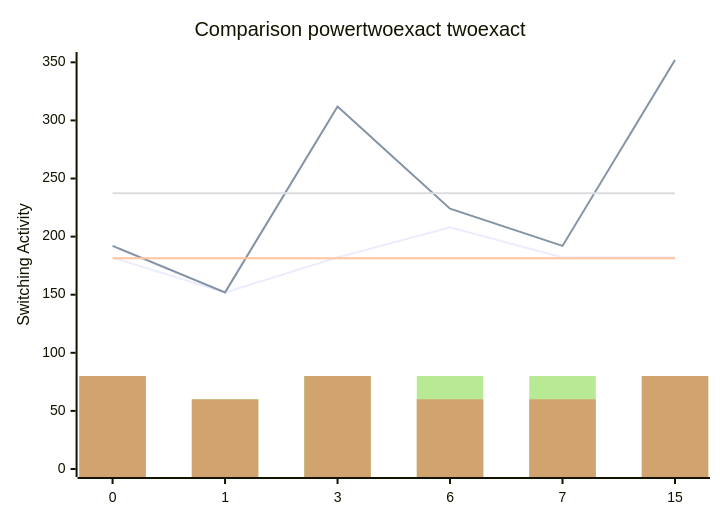
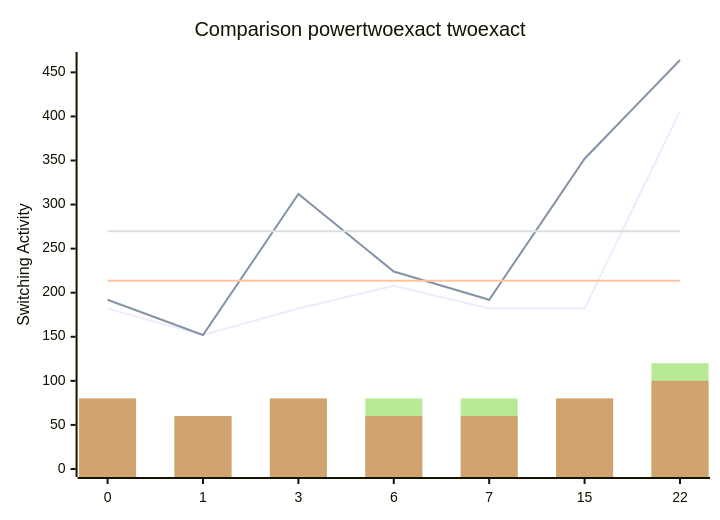
Before and after one commit to FeldmeierMichael/Exact-Power-Synthesis: the diagram in benchmark_opt.md, drawn with Mermaid. The commit also changed other lines of this file, not shown here.

````diff
--- a/benchmark_opt.md
+++ b/benchmark_opt.md
@@ -17,12 +19,12 @@
 ```mermaid
 xychart-beta
     title "Comparison powertwoexact twoexact"
-    x-axis [0, 1, 3, 6, 7, 15]
-    y-axis "Switching Activity" 0-->352
-    line [182, 152, 182, 208, 182, 182]
-    line [192, 152, 312, 224, 192, 352]
-    line [181.33333333333334, 181.33333333333334, 181.33333333333334, 181.33333333333334, 181.33333333333334, 181.33333333333334]
-    line [237.33333333333334, 237.33333333333334, 237.33333333333334, 237.33333333333334, 237.33333333333334, 237.33333333333334]
-    bar [80, 60, 80, 80, 80, 80]
-    bar [80, 60, 80, 60, 60, 80]
+    x-axis [0, 1, 3, 6, 7, 15, 22]
+    y-axis "Switching Activity" 0-->464
+    line [182, 152, 182, 208, 182, 182, 406]
+    line [192, 152, 312, 224, 192, 352, 464]
+    line [213.42857142857142, 213.42857142857142, 213.42857142857142, 213.42857142857142, 213.42857142857142, 213.42857142857142, 213.42857142857142]
+    line [269.7142857142857, 269.7142857142857, 269.7142857142857, 269.7142857142857, 269.7142857142857, 269.7142857142857, 269.7142857142857]
+    bar [80, 60, 80, 80, 80, 80, 120]
+    bar [80, 60, 80, 60, 60, 80, 100]
 ```
````
